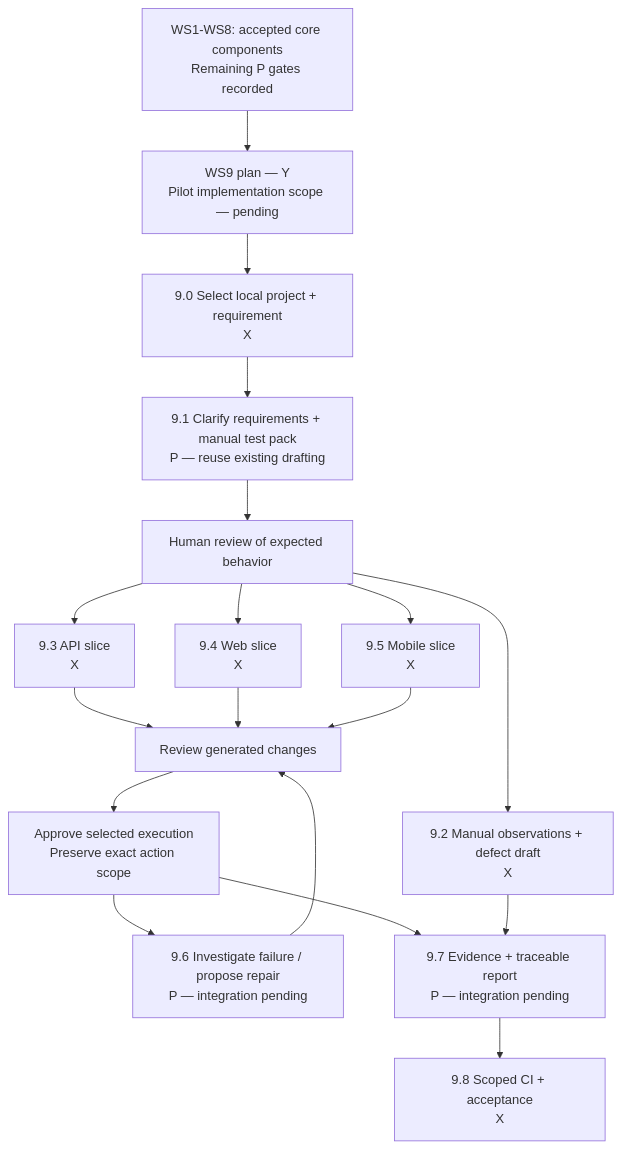
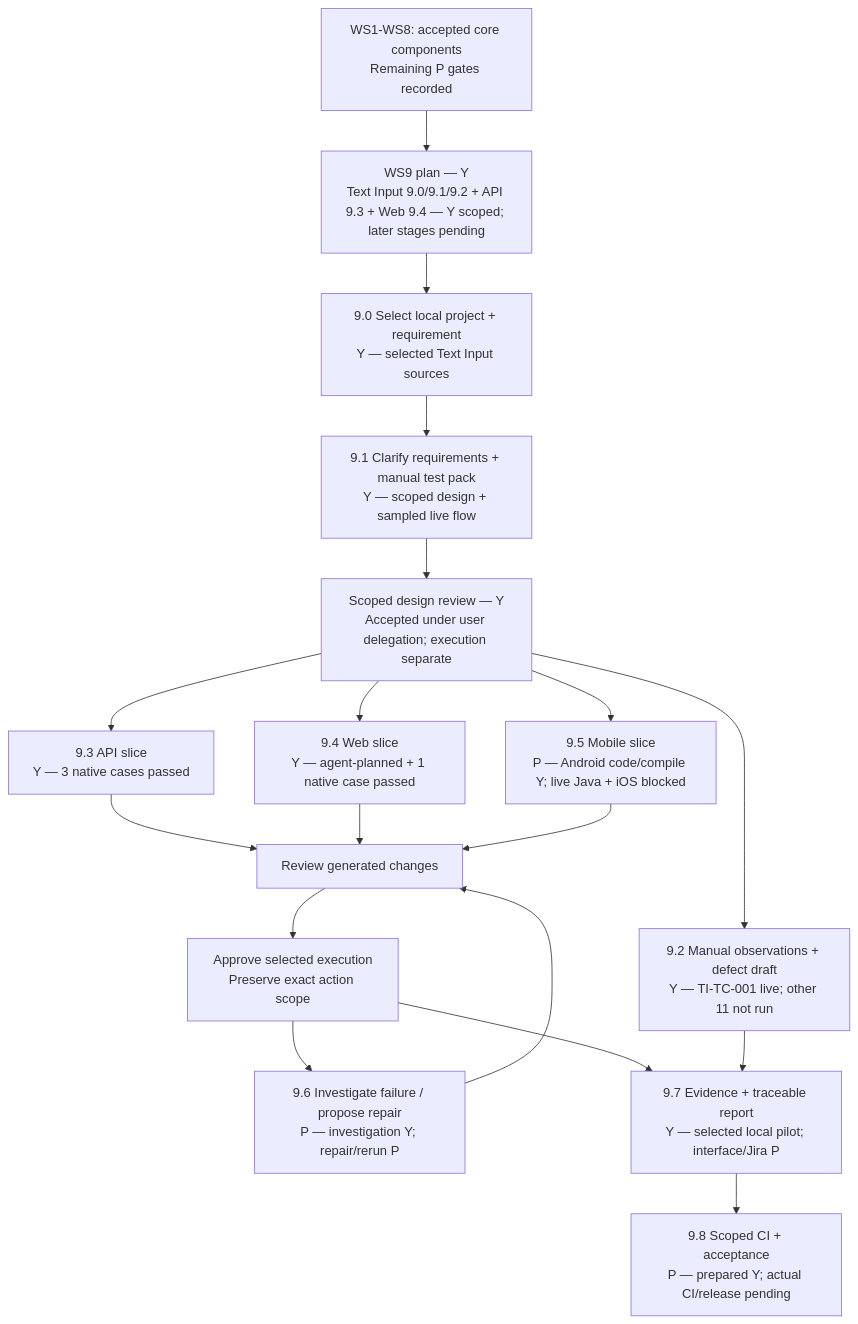
Before and after one commit to NagarajLakshatti2/JeshlaAutoAICGP: the second of 4 diagrams in docs/agentic-ai-roadmap.md, drawn with Mermaid. The commit also changed other lines of this file and 57 other files, not shown here.

````diff
--- a/docs/agentic-ai-roadmap.md
+++ b/docs/agentic-ai-roadmap.md
@@ -321,32 +335,33 @@
 ```mermaid
 flowchart TD
     B["WS1-WS8: accepted core components
 Remaining P gates recorded"] --> P["WS9 plan — Y
-Pilot implementation scope — pending"]
+Text Input 9.0/9.1/9.2 + API 9.3 + Web 9.4 — Y scoped; later stages pending"]
     P --> R["9.0 Select local project + requirement
-X"]
+Y — selected Text Input sources"]
     R --> Q["9.1 Clarify requirements + manual test pack
-P — reuse existing drafting"]
-    Q --> H["Human review of expected behavior"]
+Y — scoped design + sampled live flow"]
+    Q --> H["Scoped design review — Y
+Accepted under user delegation; execution separate"]
     H --> M["9.2 Manual observations + defect draft
-X"]
+Y — TI-TC-001 live; other 11 not run"]
     H --> A["9.3 API slice
-X"]
+Y — 3 native cases passed"]
     H --> W["9.4 Web slice
-X"]
+Y — agent-planned + 1 native case passed"]
     H --> D["9.5 Mobile slice
-X"]
+P — Android code/compile Y; live Java + iOS blocked"]
     A --> G["Review generated changes"]
     W --> G
     D --> G
     G --> E["Approve selected execution
 Preserve exact action scope"]
     E --> F["9.6 Investigate failure / propose repair
-P — integration pending"]
+P — investigation Y; repair/rerun P"]
     E --> T["9.7 Evidence + traceable report
-P — integration pending"]
+Y — selected local pilot; interface/Jira P"]
     M --> T
     F --> G
     T --> C["9.8 Scoped CI + acceptance
-X"]
+P — prepared Y; actual CI/release pending"]
 ```
````
